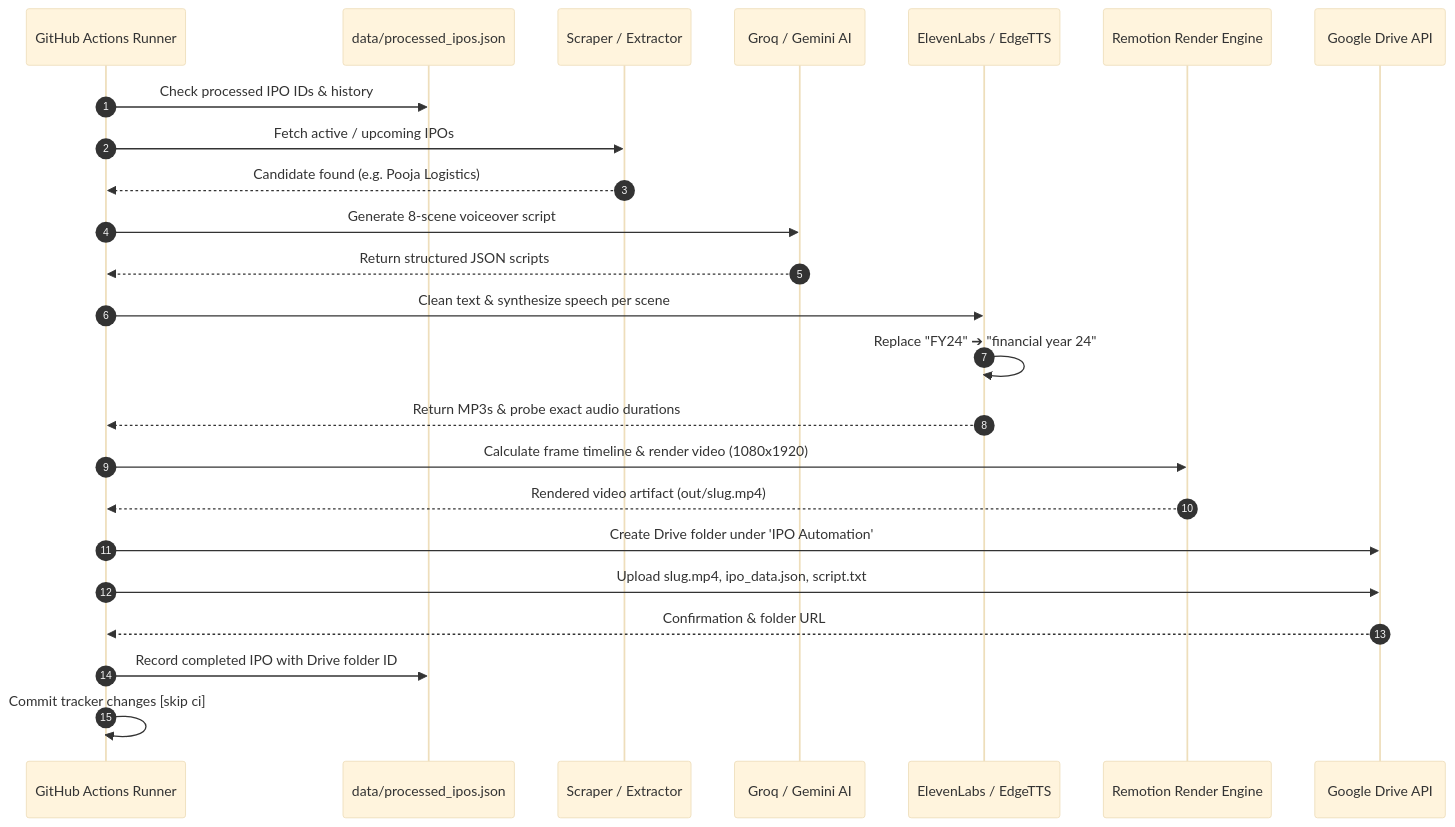
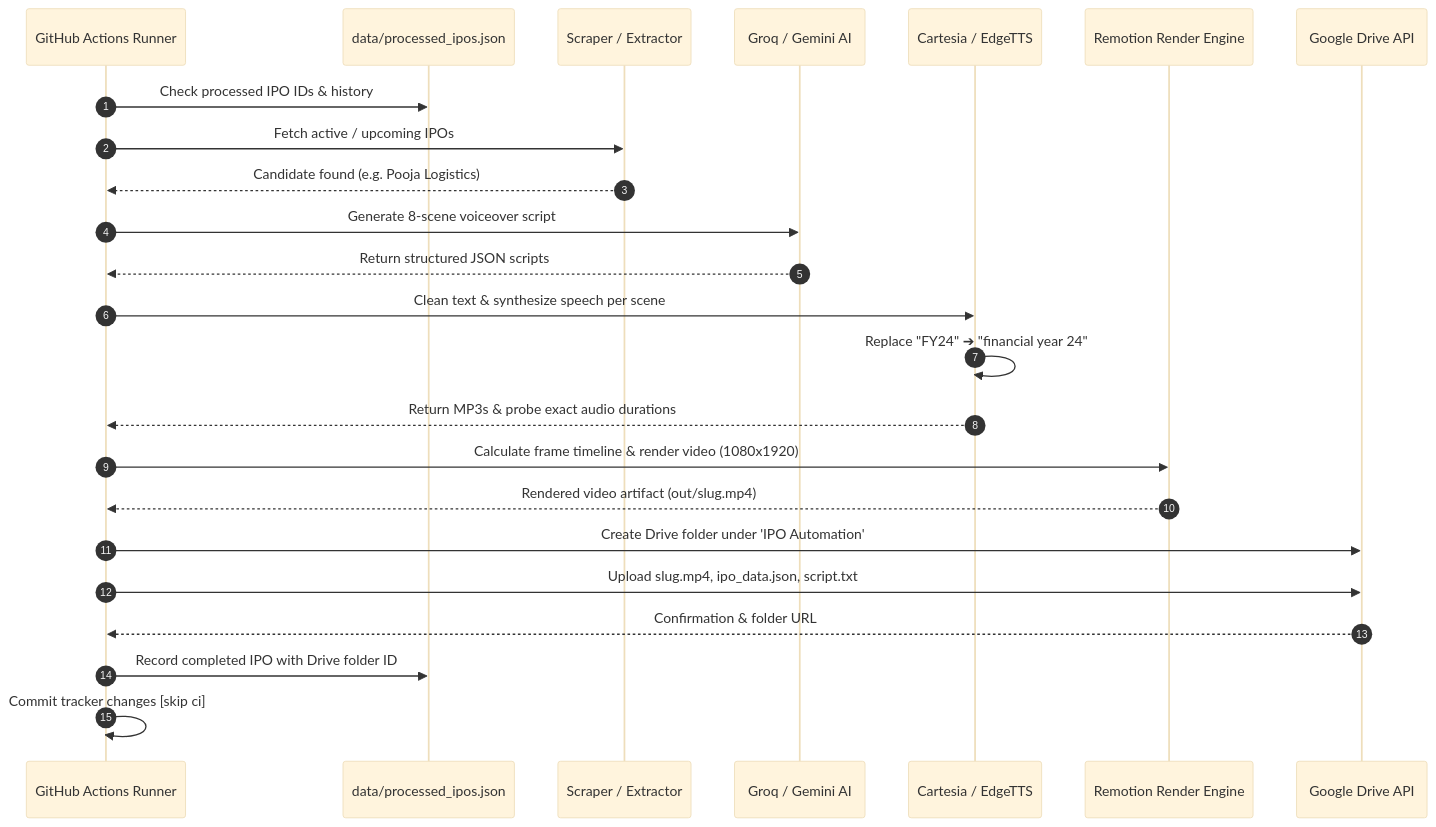
One commit to rajnishkumar13500/ipo-long-video-automation changed the second of 2 diagrams in README.md. Above: the diagram before and after it, drawn with Mermaid (base theme). The commit also changed other lines of this file and 25 other files, not shown here.

Commit message:
feat: migrate to Cartesia multi-key TTS, enhance Hinglish narration, overhaul thumbnail & refine outro

````diff
--- a/README.md
+++ b/README.md
@@ -69,32 +69,32 @@
 ```mermaid
 sequenceDiagram
     autonumber
     participant GHA as GitHub Actions Runner
     participant Tracker as data/processed_ipos.json
     participant Scraper as Scraper / Extractor
     participant Groq as Groq / Gemini AI
-    participant Audio as ElevenLabs / EdgeTTS
+    participant Audio as Cartesia / EdgeTTS
     participant Remotion as Remotion Render Engine
     participant Drive as Google Drive API
 
     GHA->>Tracker: Check processed IPO IDs & history
     GHA->>Scraper: Fetch active / upcoming IPOs
     Scraper-->>GHA: Candidate found (e.g. Pooja Logistics)
     
     GHA->>Groq: Generate 8-scene voiceover script
     Groq-->>GHA: Return structured JSON scripts
     
     GHA->>Audio: Clean text & synthesize speech per scene
     Audio->>Audio: Replace "FY24" ➔ "financial year 24"
     Audio-->>GHA: Return MP3s & probe exact audio durations
     
     GHA->>Remotion: Calculate frame timeline & render video (1080x1920)
     Remotion-->>GHA: Rendered video artifact (out/slug.mp4)
     
     GHA->>Drive: Create Drive folder under 'IPO Automation'
     GHA->>Drive: Upload slug.mp4, ipo_data.json, script.txt
     Drive-->>GHA: Confirmation & folder URL
     
     GHA->>Tracker: Record completed IPO with Drive folder ID
     GHA->>GHA: Commit tracker changes [skip ci]
 ```
````
